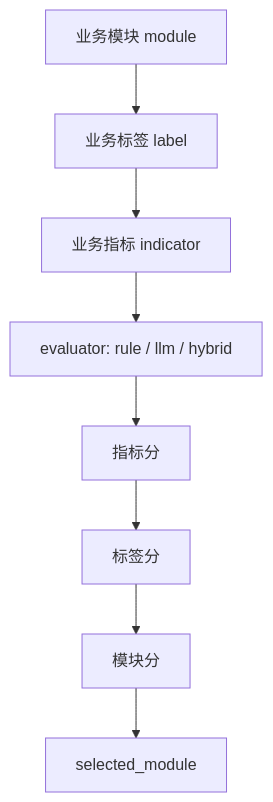
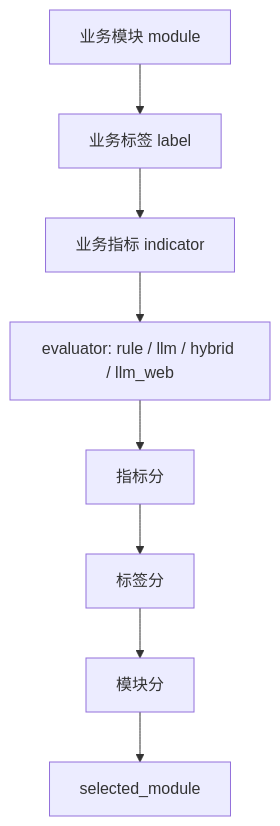
The diagram in docs/SCORING.md (leeing/xft-dd), drawn with Mermaid before and after one commit. The commit also changed other lines of this file and 5 other files, not shown here.

First line of the commit message:
📝 docs: update architecture and guides for indicator-level web search

````diff
--- a/docs/SCORING.md
+++ b/docs/SCORING.md
@@ -7,10 +7,10 @@
 ```mermaid
 flowchart TB
     module["业务模块 module"] --> label["业务标签 label"]
     label --> indicator["业务指标 indicator"]
-    indicator --> eval["evaluator: rule / llm / hybrid"]
+    indicator --> eval["evaluator: rule / llm / hybrid / llm_web"]
     eval --> score["指标分"]
     score --> labelscore["标签分"]
     labelscore --> modulescore["模块分"]
     modulescore --> selected["selected_module"]
 ```
````
